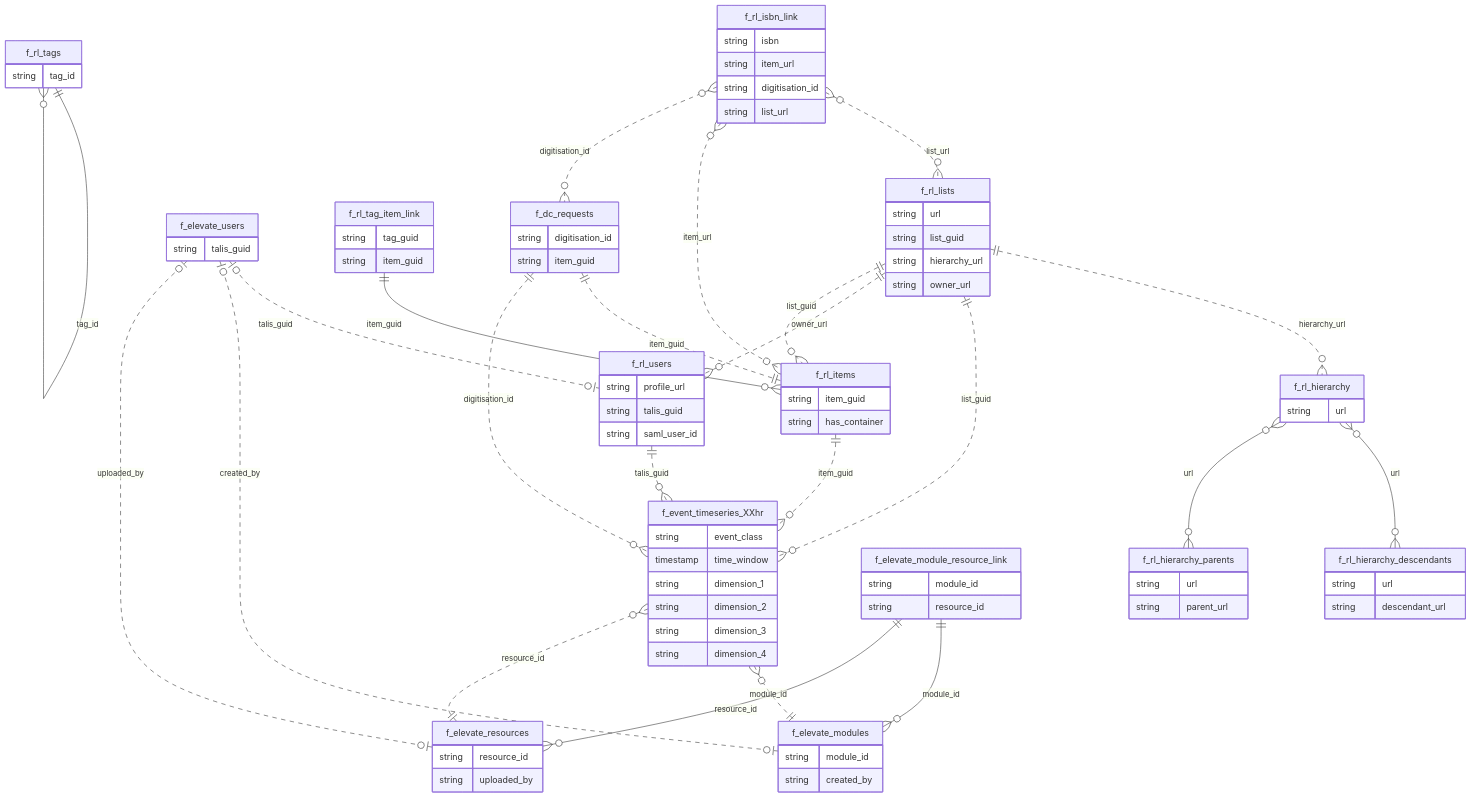
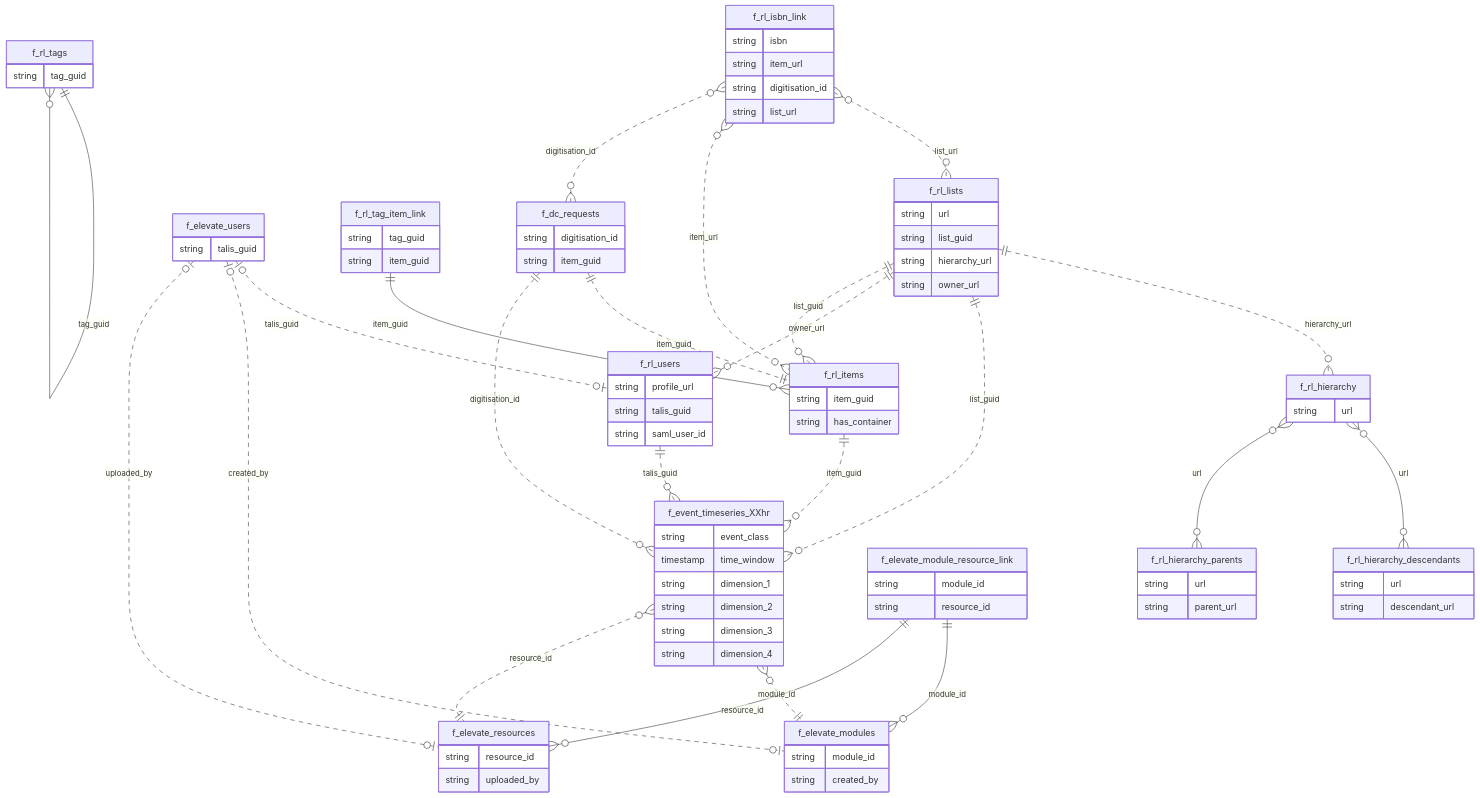
One commit to talis/advanced-mis changed the diagram in topics/entity-relationships.md. Above: the diagram before and after it, drawn with Mermaid.

Commit message:
tag_id -> tag_guid

```diff
--- a/topics/entity-relationships.md
+++ b/topics/entity-relationships.md
@@ -125,10 +125,10 @@
         string item_guid
     }
     f_rl_tag_item_link ||--o{ f_rl_items : item_guid
-    f_rl_tags ||--o{ f_rl_tags : tag_id
+    f_rl_tags ||--o{ f_rl_tags : tag_guid
 
     f_rl_tags {
-        string tag_id
+        string tag_guid
     }
 
 </div>
```
